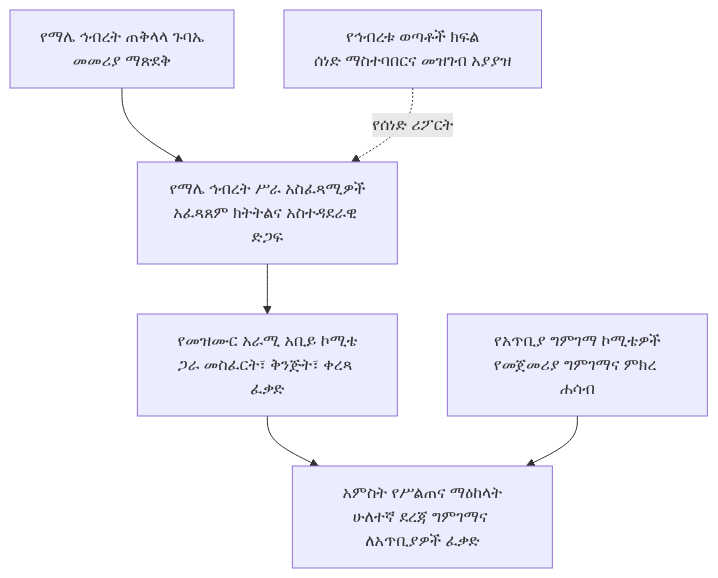
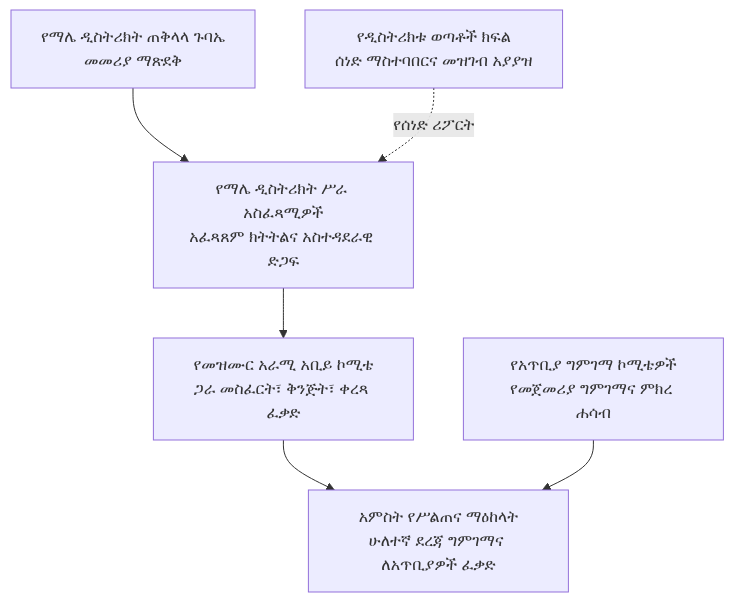
The second of 3 diagrams in docs/governance/maale-song-review-directive-am.md (akefadaka-git/ekhc-digital-platform), drawn with Mermaid before and after one commit. The commit also changed other lines of this file, not shown here.

````diff
--- a/docs/governance/maale-song-review-directive-am.md
+++ b/docs/governance/maale-song-review-directive-am.md
@@ -116,8 +116,8 @@
 ```mermaid
 flowchart TD
- A[የማሌ ኅብረት ጠቅላላ ጉባኤ<br/>መመሪያ ማጽደቅ] --> B[የማሌ ኅብረት ሥራ አስፈጻሚዎች<br/>አፈጻጸም ክትትልና አስተዳደራዊ ድጋፍ]
+ A[የማሌ ዲስትሪክት ጠቅላላ ጉባኤ<br/>መመሪያ ማጽደቅ] --> B[የማሌ ዲስትሪክት ሥራ አስፈጻሚዎች<br/>አፈጻጸም ክትትልና አስተዳደራዊ ድጋፍ]
  B --> C[የመዝሙር አራሚ አቢይ ኮሚቴ<br/>ጋራ መስፈርት፣ ቅንጅት፣ ቀረጻ ፈቃድ]
  C --> D[አምስት የሥልጠና ማዕከላት<br/>ሁለተኛ ደረጃ ግምገማና ለአጥቢያዎች ፈቃድ]
  E[የአጥቢያ ግምገማ ኮሚቴዎች<br/>የመጀመሪያ ግምገማና ምክረ ሐሳብ] --> D
- F[የኅብረቱ ወጣቶች ክፍል<br/>ሰነድ ማስተባበርና መዝገብ አያያዝ] -. የሰነድ ሪፖርት .-> B
+ F[የዲስትሪክቱ ወጣቶች ክፍል<br/>ሰነድ ማስተባበርና መዝገብ አያያዝ] -. የሰነድ ሪፖርት .-> B
 ```
````
